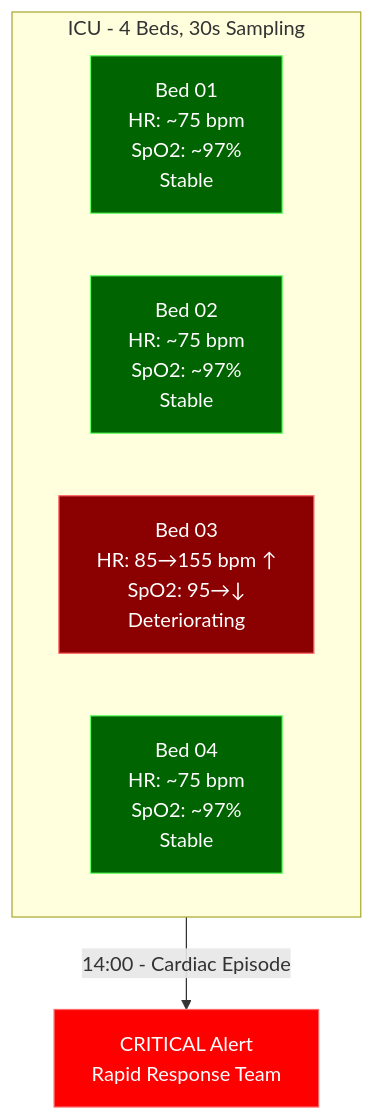
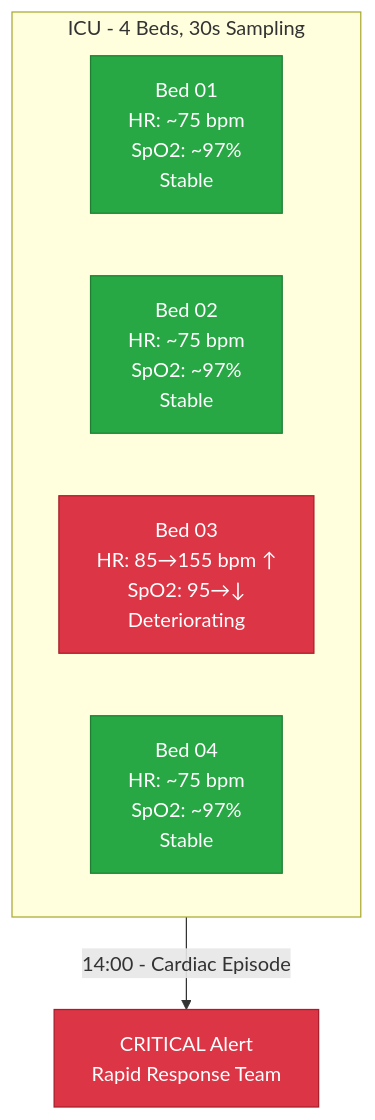
Before and after one commit to henryodibi11/Odibi: the first of 2 diagrams in docs/simulation/patterns/healthcare.md, drawn with Mermaid. The commit also changed other lines of this file and 7 other files, not shown here.

First line of the commit message:
Fix mermaid diagram colors for readability across all 26 diagrams

````diff
--- a/docs/simulation/patterns/healthcare.md
+++ b/docs/simulation/patterns/healthcare.md
@@ -32,18 +32,18 @@
 ```mermaid
 flowchart TB
     subgraph ICU["ICU - 4 Beds, 30s Sampling"]
         direction LR
         B1["Bed 01\nHR: ~75 bpm\nSpO2: ~97%\nStable"]
         B2["Bed 02\nHR: ~75 bpm\nSpO2: ~97%\nStable"]
         B3["Bed 03\nHR: 85→155 bpm ↑\nSpO2: 95→↓\nDeteriorating"]
         B4["Bed 04\nHR: ~75 bpm\nSpO2: ~97%\nStable"]
     end
 
     B3 -->|"14:00 - Cardiac Episode"| ALERT["CRITICAL Alert\nRapid Response Team"]
 
-    style B1 fill:#006400,stroke:#66ff66,color:#ffffff
-    style B2 fill:#006400,stroke:#66ff66,color:#ffffff
-    style B3 fill:#8B0000,stroke:#ff6666,color:#ffffff
-    style B4 fill:#006400,stroke:#66ff66,color:#ffffff
-    style ALERT fill:#ff0000,stroke:#ff6666,color:#ffffff
+    style B1 fill:#28a745,stroke:#1e7e34,color:#ffffff
+    style B2 fill:#28a745,stroke:#1e7e34,color:#ffffff
+    style B3 fill:#dc3545,stroke:#a71d2a,color:#ffffff
+    style B4 fill:#28a745,stroke:#1e7e34,color:#ffffff
+    style ALERT fill:#dc3545,stroke:#a71d2a,color:#ffffff
 ```
````
